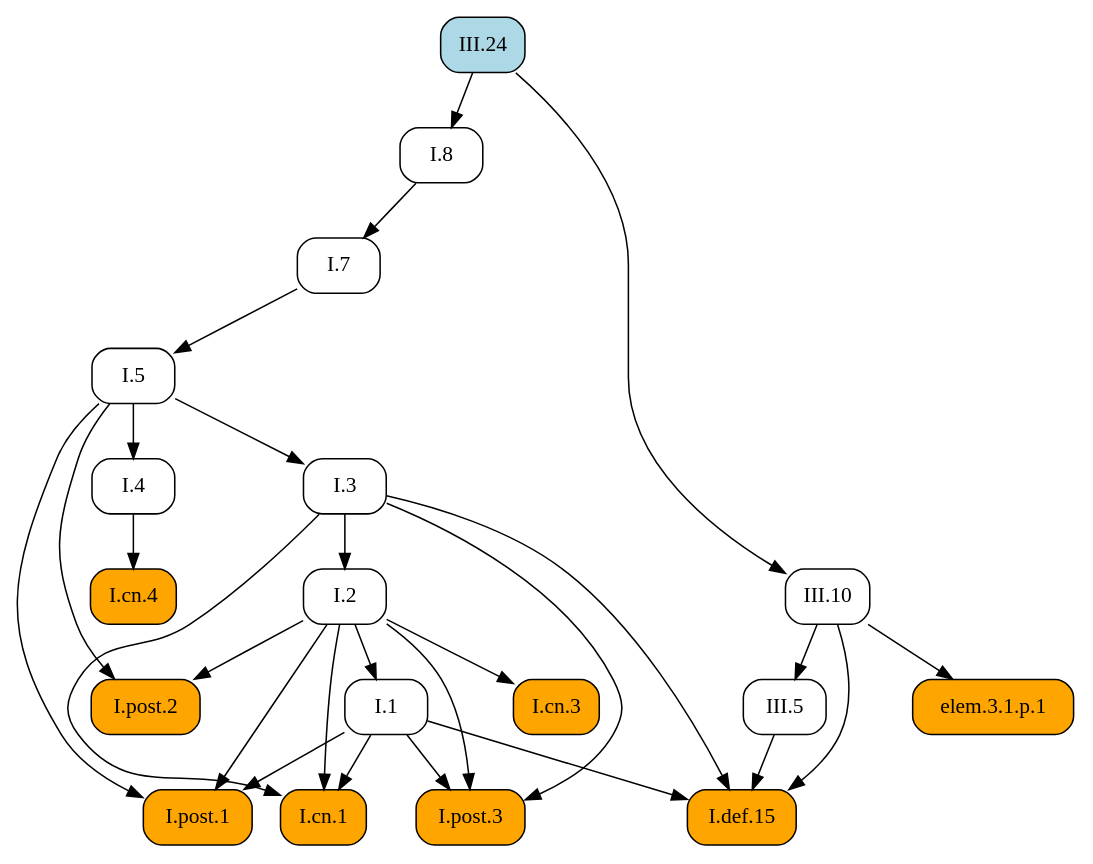
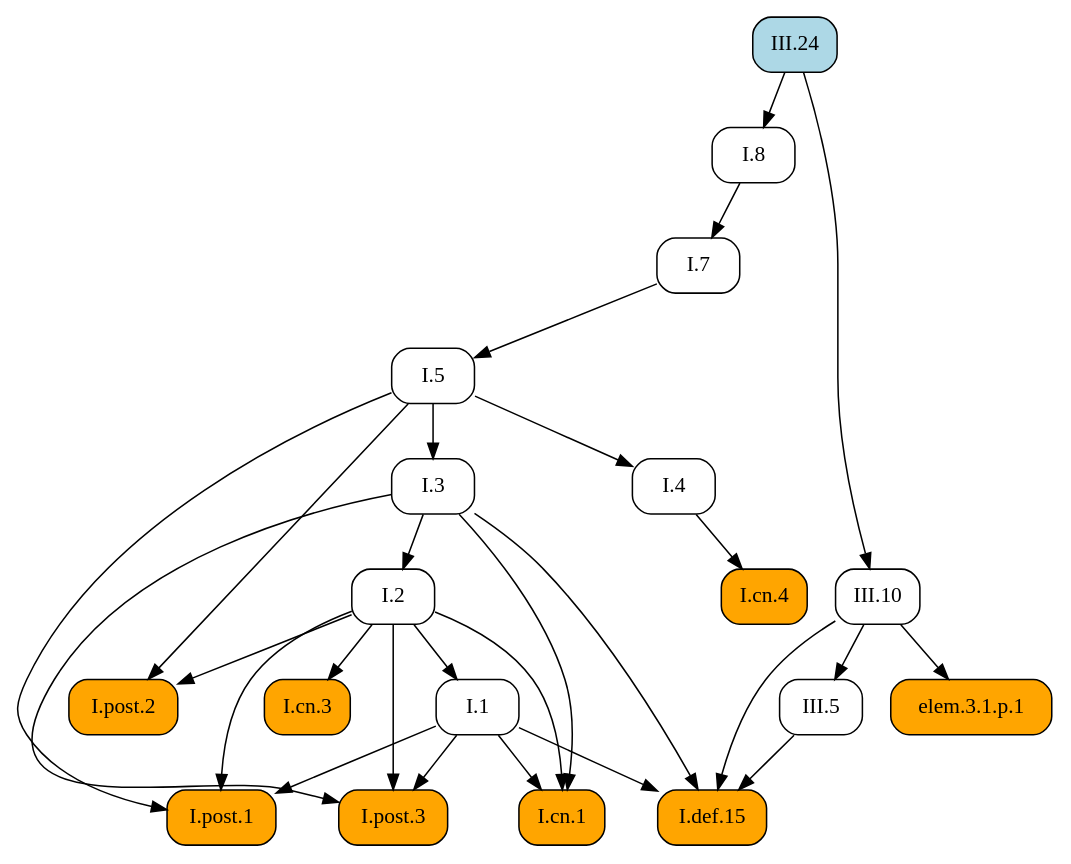
One commit to geometor/elements changed the diagram in docsrc/elements2/III/24/index.rst. Above: the diagram before and after it, drawn with Graphviz. The commit also changed other lines of this file and 409 other files, not shown here.

First line of the commit message:
feat: Add image cropping and graphic extraction script

```diff
--- a/docsrc/elements2/III/24/index.rst
+++ b/docsrc/elements2/III/24/index.rst
@@ -53,51 +53,51 @@
 .. graphviz::
 
    digraph {
      rankdir="TB";
      node [shape=box, style=rounded];
+     "I.def.15" [style="rounded,filled", fillcolor=orange, URL="/elements2/I/def.15/", target="_top"];
+     "III.5" [URL="/elements2/III/5/", target="_top"];
      "I.8" [URL="/elements2/I/8/", target="_top"];
-     "I.1" [URL="/elements2/I/1/", target="_top"];
-     "I.cn.4" [style="rounded,filled", fillcolor=orange, URL="/elements2/I/cn.4/", target="_top"];
+     "I.5" [URL="/elements2/I/5/", target="_top"];
+     "I.3" [URL="/elements2/I/3/", target="_top"];
      "I.cn.3" [style="rounded,filled", fillcolor=orange, URL="/elements2/I/cn.3/", target="_top"];
-     "III.5" [URL="/elements2/III/5/", target="_top"];
-     "I.7" [URL="/elements2/I/7/", target="_top"];
-     "I.post.1" [style="rounded,filled", fillcolor=orange, URL="/elements2/I/post.1/", target="_top"];
-     "elem.3.1.p.1" [style="rounded,filled", fillcolor=orange];
-     "I.5" [URL="/elements2/I/5/", target="_top"];
      "I.cn.1" [style="rounded,filled", fillcolor=orange, URL="/elements2/I/cn.1/", target="_top"];
-     "I.2" [URL="/elements2/I/2/", target="_top"];
-     "I.def.15" [style="rounded,filled", fillcolor=orange, URL="/elements2/I/def.15/", target="_top"];
-     "I.4" [URL="/elements2/I/4/", target="_top"];
-     "III.10" [URL="/elements2/III/10/", target="_top"];
-     "I.3" [URL="/elements2/I/3/", target="_top"];
-     "I.post.2" [style="rounded,filled", fillcolor=orange, URL="/elements2/I/post.2/", target="_top"];
      "III.24" [style="rounded,filled", fillcolor=lightblue, URL="/elements2/III/24/", target="_top"];
      "I.post.3" [style="rounded,filled", fillcolor=orange, URL="/elements2/I/post.3/", target="_top"];
-     "III.24" -> "I.8";
-     "I.2" -> "I.1";
-     "I.4" -> "I.cn.4";
-     "I.2" -> "I.cn.3";
-     "III.10" -> "III.5";
-     "I.8" -> "I.7";
-     "I.1" -> "I.post.1";
-     "I.2" -> "I.post.1";
-     "I.5" -> "I.post.1";
-     "III.10" -> "elem.3.1.p.1";
-     "I.7" -> "I.5";
-     "I.1" -> "I.cn.1";
-     "I.2" -> "I.cn.1";
-     "I.3" -> "I.cn.1";
-     "I.3" -> "I.2";
+     "I.4" [URL="/elements2/I/4/", target="_top"];
+     "I.7" [URL="/elements2/I/7/", target="_top"];
+     "elem.3.1.p.1" [style="rounded,filled", fillcolor=orange];
+     "I.post.1" [style="rounded,filled", fillcolor=orange, URL="/elements2/I/post.1/", target="_top"];
+     "III.10" [URL="/elements2/III/10/", target="_top"];
+     "I.2" [URL="/elements2/I/2/", target="_top"];
+     "I.cn.4" [style="rounded,filled", fillcolor=orange, URL="/elements2/I/cn.4/", target="_top"];
+     "I.1" [URL="/elements2/I/1/", target="_top"];
+     "I.post.2" [style="rounded,filled", fillcolor=orange, URL="/elements2/I/post.2/", target="_top"];
      "I.1" -> "I.def.15";
      "I.3" -> "I.def.15";
      "III.5" -> "I.def.15";
      "III.10" -> "I.def.15";
-     "I.5" -> "I.4";
-     "III.24" -> "III.10";
+     "III.10" -> "III.5";
+     "III.24" -> "I.8";
+     "I.7" -> "I.5";
      "I.5" -> "I.3";
-     "I.2" -> "I.post.2";
-     "I.5" -> "I.post.2";
+     "I.2" -> "I.cn.3";
+     "I.1" -> "I.cn.1";
+     "I.2" -> "I.cn.1";
+     "I.3" -> "I.cn.1";
      "I.1" -> "I.post.3";
      "I.2" -> "I.post.3";
      "I.3" -> "I.post.3";
+     "I.5" -> "I.4";
+     "I.8" -> "I.7";
+     "III.10" -> "elem.3.1.p.1";
+     "I.1" -> "I.post.1";
+     "I.2" -> "I.post.1";
+     "I.5" -> "I.post.1";
+     "III.24" -> "III.10";
+     "I.3" -> "I.2";
+     "I.4" -> "I.cn.4";
+     "I.2" -> "I.1";
+     "I.2" -> "I.post.2";
+     "I.5" -> "I.post.2";
    }
```
